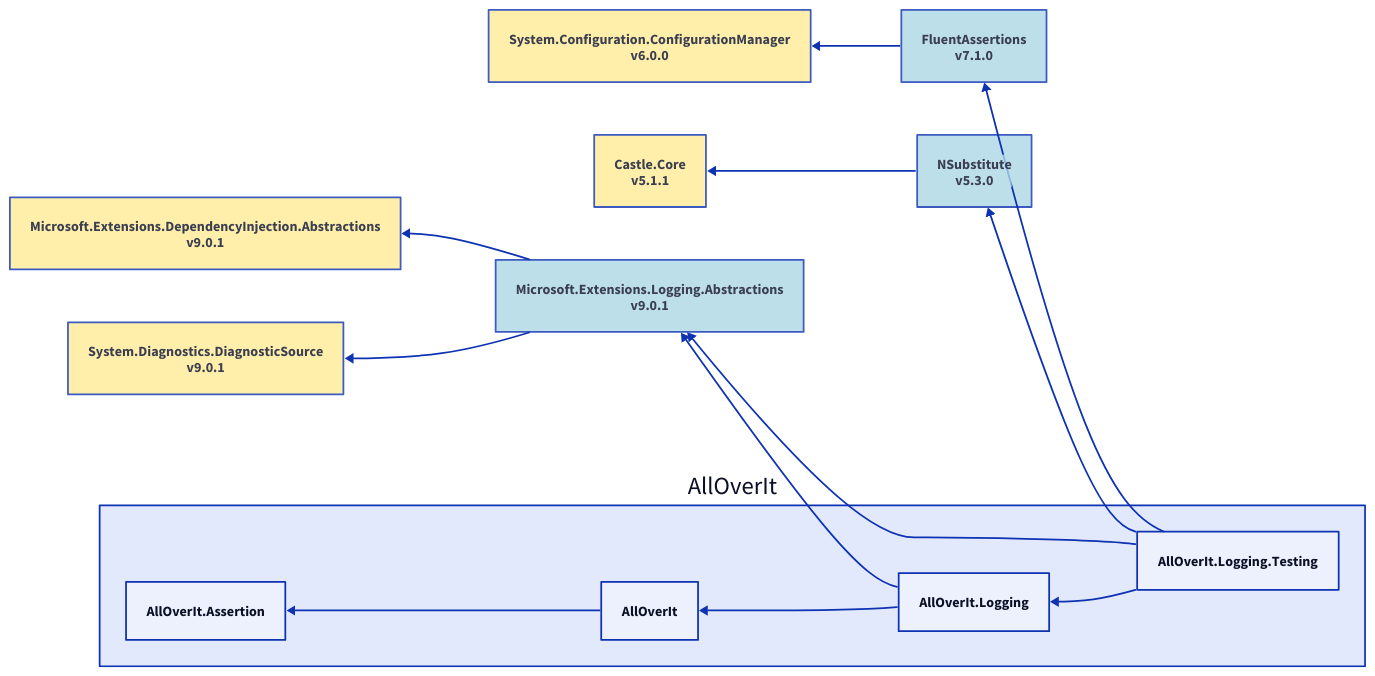
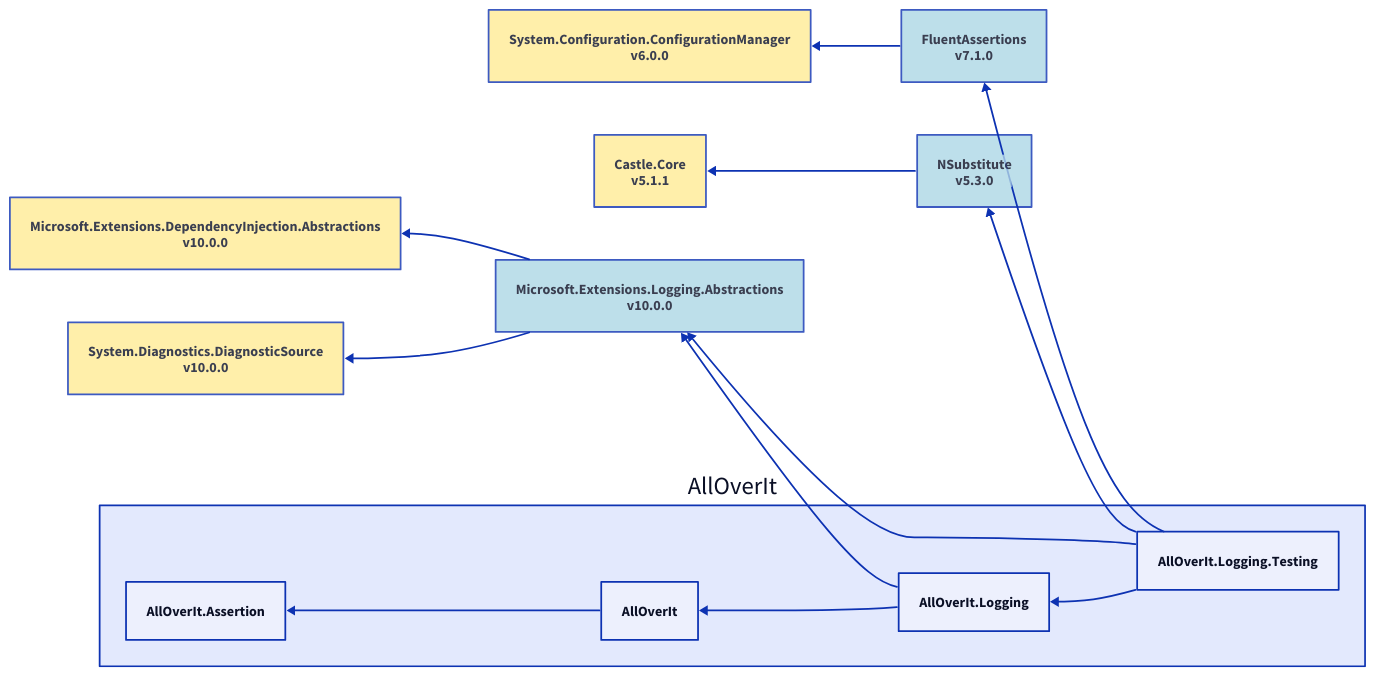
One commit to mjfreelancing/AllOverIt changed the diagram in Docs/Reference/Content/images/dependencies/net9.0/alloverit-logging-testing.d2. Above: the diagram before and after it, drawn with D2. The commit also changed 163 other files, not shown here.

```diff
--- a/Docs/Reference/Content/images/dependencies/net9.0/alloverit-logging-testing.d2
+++ b/Docs/Reference/Content/images/dependencies/net9.0/alloverit-logging-testing.d2
@@ -1,39 +1,39 @@
 direction: left
 
 aoi: AllOverIt
 aoi.alloverit-logging-testing: AllOverIt.Logging.Testing
 fluentassertions_7-1-0: FluentAssertions\nv7.1.0
 fluentassertions_7-1-0.style.fill: "#ADD8E6"
 fluentassertions_7-1-0.style.opacity: 0.8
 system-configuration-configurationmanager_6-0-0: System.Configuration.ConfigurationManager\nv6.0.0
 system-configuration-configurationmanager_6-0-0.style.fill: "#FFEC96"
 system-configuration-configurationmanager_6-0-0.style.opacity: 0.8
 system-configuration-configurationmanager_6-0-0 <- fluentassertions_7-1-0
 fluentassertions_7-1-0 <- aoi.alloverit-logging-testing
 nsubstitute_5-3-0: NSubstitute\nv5.3.0
 nsubstitute_5-3-0.style.fill: "#ADD8E6"
 nsubstitute_5-3-0.style.opacity: 0.8
 castle-core_5-1-1: Castle.Core\nv5.1.1
 castle-core_5-1-1.style.fill: "#FFEC96"
 castle-core_5-1-1.style.opacity: 0.8
 castle-core_5-1-1 <- nsubstitute_5-3-0
 nsubstitute_5-3-0 <- aoi.alloverit-logging-testing
-microsoft-extensions-logging-abstractions_9-0-1: Microsoft.Extensions.Logging.Abstractions\nv9.0.1
-microsoft-extensions-logging-abstractions_9-0-1.style.fill: "#ADD8E6"
-microsoft-extensions-logging-abstractions_9-0-1.style.opacity: 0.8
-microsoft-extensions-dependencyinjection-abstractions_9-0-1: Microsoft.Extensions.DependencyInjection.Abstractions\nv9.0.1
-microsoft-extensions-dependencyinjection-abstractions_9-0-1.style.fill: "#FFEC96"
-microsoft-extensions-dependencyinjection-abstractions_9-0-1.style.opacity: 0.8
-microsoft-extensions-dependencyinjection-abstractions_9-0-1 <- microsoft-extensions-logging-abstractions_9-0-1
-system-diagnostics-diagnosticsource_9-0-1: System.Diagnostics.DiagnosticSource\nv9.0.1
-system-diagnostics-diagnosticsource_9-0-1.style.fill: "#FFEC96"
-system-diagnostics-diagnosticsource_9-0-1.style.opacity: 0.8
-system-diagnostics-diagnosticsource_9-0-1 <- microsoft-extensions-logging-abstractions_9-0-1
-microsoft-extensions-logging-abstractions_9-0-1 <- aoi.alloverit-logging-testing
+microsoft-extensions-logging-abstractions_10-0-0: Microsoft.Extensions.Logging.Abstractions\nv10.0.0
+microsoft-extensions-logging-abstractions_10-0-0.style.fill: "#ADD8E6"
+microsoft-extensions-logging-abstractions_10-0-0.style.opacity: 0.8
+microsoft-extensions-dependencyinjection-abstractions_10-0-0: Microsoft.Extensions.DependencyInjection.Abstractions\nv10.0.0
+microsoft-extensions-dependencyinjection-abstractions_10-0-0.style.fill: "#FFEC96"
+microsoft-extensions-dependencyinjection-abstractions_10-0-0.style.opacity: 0.8
+microsoft-extensions-dependencyinjection-abstractions_10-0-0 <- microsoft-extensions-logging-abstractions_10-0-0
+system-diagnostics-diagnosticsource_10-0-0: System.Diagnostics.DiagnosticSource\nv10.0.0
+system-diagnostics-diagnosticsource_10-0-0.style.fill: "#FFEC96"
+system-diagnostics-diagnosticsource_10-0-0.style.opacity: 0.8
+system-diagnostics-diagnosticsource_10-0-0 <- microsoft-extensions-logging-abstractions_10-0-0
+microsoft-extensions-logging-abstractions_10-0-0 <- aoi.alloverit-logging-testing
 aoi.alloverit-logging: AllOverIt.Logging
-microsoft-extensions-logging-abstractions_9-0-1 <- aoi.alloverit-logging
+microsoft-extensions-logging-abstractions_10-0-0 <- aoi.alloverit-logging
 aoi.alloverit: AllOverIt
 aoi.alloverit-assertion: AllOverIt.Assertion
 aoi.alloverit-assertion <- aoi.alloverit
 aoi.alloverit <- aoi.alloverit-logging
 aoi.alloverit-logging <- aoi.alloverit-logging-testing
```
